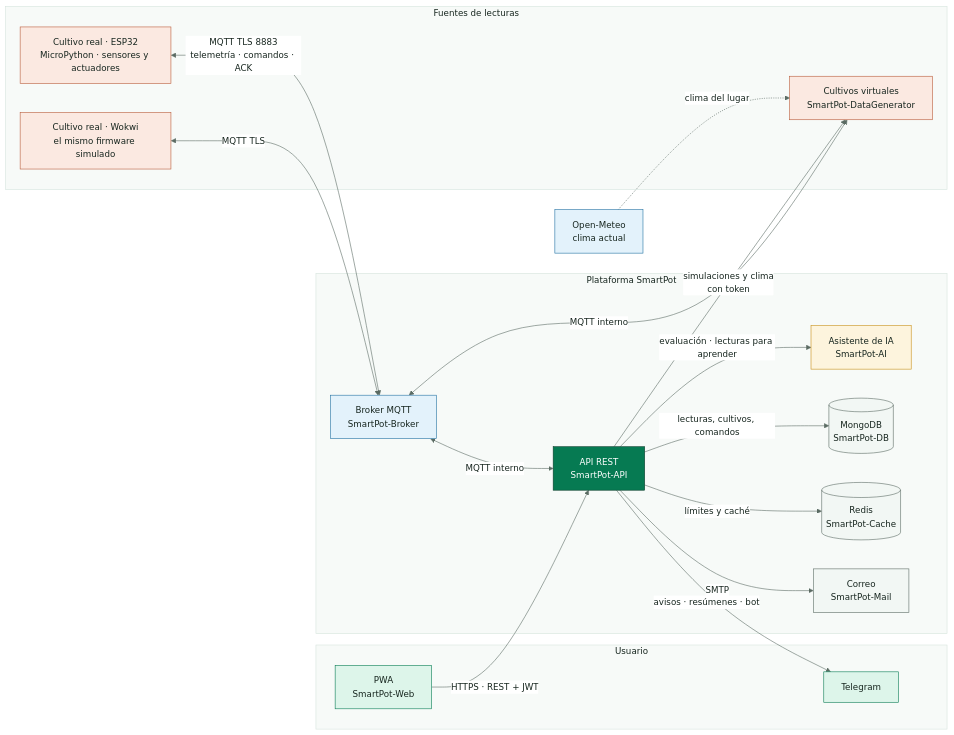
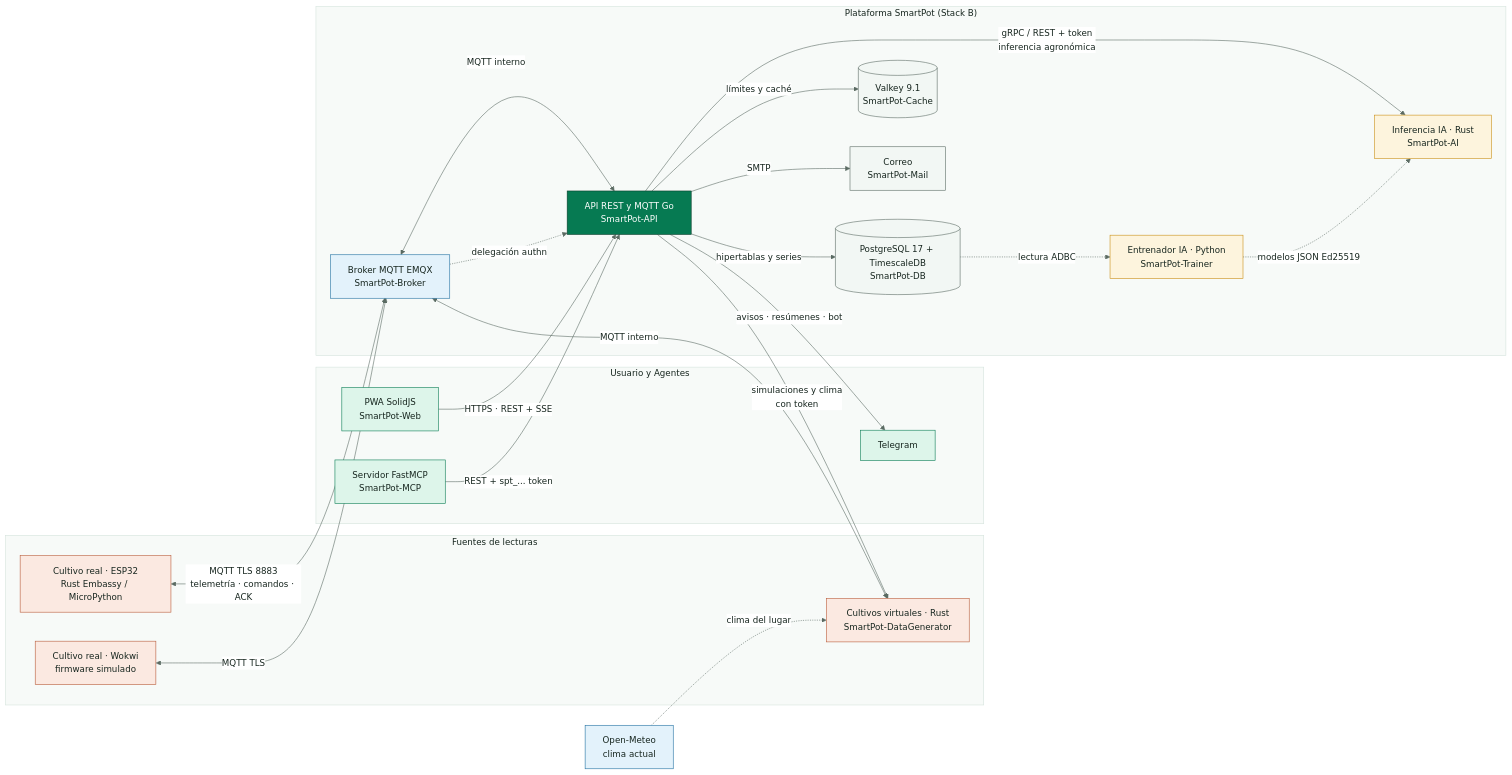
One commit to SmartPotTech/.github changed diagram 15 of 42 in docs/SmartPot_Software_Lifecycle.md. Above: the diagram before and after it, drawn with Mermaid. The commit also changed other lines of this file and 21 other files, not shown here.

Commit message:
Update platform documentation and architecture diagrams for production Stack B [skip deploy] #no-deploy

````diff
--- a/docs/SmartPot_Software_Lifecycle.md
+++ b/docs/SmartPot_Software_Lifecycle.md
@@ -1310,46 +1310,52 @@
 ```mermaid
 %%{init: {"theme": "base", "fontFamily": "Segoe UI, Arial, sans-serif", "themeVariables": {"fontFamily": "Segoe UI, Arial, sans-serif", "fontSize": "15px", "primaryColor": "#DDF5EA", "primaryTextColor": "#17261F", "primaryBorderColor": "#067A52", "secondaryColor": "#E3F2FB", "secondaryTextColor": "#17261F", "secondaryBorderColor": "#1F6FA0", "tertiaryColor": "#F2F7F4", "tertiaryTextColor": "#17261F", "tertiaryBorderColor": "#D5E3DC", "lineColor": "#5B6B63", "textColor": "#17261F", "mainBkg": "#DDF5EA", "nodeBorder": "#067A52", "clusterBkg": "#F7FAF8", "clusterBorder": "#D5E3DC", "edgeLabelBackground": "#FFFFFF", "actorBkg": "#067A52", "actorBorder": "#0B3D2B", "actorTextColor": "#FFFFFF", "actorLineColor": "#5B6B63", "signalColor": "#17261F", "signalTextColor": "#17261F", "labelBoxBkgColor": "#0B3D2B", "labelBoxBorderColor": "#0B3D2B", "labelTextColor": "#FFFFFF", "loopTextColor": "#0B3D2B", "noteBkgColor": "#FDF4DD", "noteBorderColor": "#C98D12", "noteTextColor": "#17261F", "activationBkgColor": "#DDF5EA", "activationBorderColor": "#067A52", "attributeBackgroundColorOdd": "#FFFFFF", "attributeBackgroundColorEven": "#F2F7F4"}}}%%
 flowchart LR
   subgraph campo["Fuentes de lecturas"]
-    maceta["Cultivo real · ESP32<br/>MicroPython · sensores y actuadores"]
-    wokwi["Cultivo real · Wokwi<br/>el mismo firmware simulado"]
-    sim["Cultivos virtuales<br/>SmartPot-DataGenerator"]
+    maceta["Cultivo real · ESP32<br/>Rust Embassy / MicroPython"]
+    wokwi["Cultivo real · Wokwi<br/>firmware simulado"]
+    sim["Cultivos virtuales · Rust<br/>SmartPot-DataGenerator"]
   end
-  subgraph usuario["Usuario"]
-    pwa["PWA<br/>SmartPot-Web"]
+  subgraph usuario["Usuario y Agentes"]
+    pwa["PWA SolidJS<br/>SmartPot-Web"]
     tg["Telegram"]
+    mcp["Servidor FastMCP<br/>SmartPot-MCP"]
   end
-  subgraph plataforma["Plataforma SmartPot"]
-    broker["Broker MQTT<br/>SmartPot-Broker"]
-    api["API REST<br/>SmartPot-API"]
-    ai["Asistente de IA<br/>SmartPot-AI"]
-    db[("MongoDB<br/>SmartPot-DB")]
-    cache[("Redis<br/>SmartPot-Cache")]
+  subgraph plataforma["Plataforma SmartPot (Stack B)"]
+    broker["Broker MQTT EMQX<br/>SmartPot-Broker"]
+    api["API REST y MQTT Go<br/>SmartPot-API"]
+    ai["Inferencia IA · Rust<br/>SmartPot-AI"]
+    trainer["Entrenador IA · Python<br/>SmartPot-Trainer"]
+    db[("PostgreSQL 17 + TimescaleDB<br/>SmartPot-DB")]
+    cache[("Valkey 9.1<br/>SmartPot-Cache")]
     mail["Correo<br/>SmartPot-Mail"]
   end
   clima["Open-Meteo<br/>clima actual"]
   maceta <-->|"MQTT TLS 8883<br/>telemetría · comandos · ACK"| broker
   wokwi <-->|"MQTT TLS"| broker
   sim <-->|"MQTT interno"| broker
   clima -.->|"clima del lugar"| sim
   broker <-->|"MQTT interno"| api
-  pwa -->|"HTTPS · REST + JWT"| api
+  broker -.->|"delegación authn"| api
+  pwa -->|"HTTPS · REST + SSE"| api
+  mcp -->|"REST + spt_... token"| api
   api -->|"simulaciones y clima<br/>con token"| sim
-  api -->|"evaluación · lecturas para aprender"| ai
-  api -->|"lecturas, cultivos, comandos"| db
+  api -->|"gRPC / REST + token<br/>inferencia agronómica"| ai
+  db -.->|"lectura ADBC"| trainer
+  trainer -.->|"modelos JSON Ed25519"| ai
+  api -->|"hipertablas y series"| db
   api -->|"límites y caché"| cache
   api -->|"SMTP"| mail
   api -->|"avisos · resúmenes · bot"| tg
   classDef device fill:#FBE9E1,stroke:#B85A38,color:#17261F
   classDef edge fill:#E3F2FB,stroke:#1F6FA0,color:#17261F
   classDef core fill:#067A52,stroke:#0B3D2B,color:#FFFFFF
   classDef data fill:#F2F7F4,stroke:#5B6B63,color:#17261F
   classDef brain fill:#FDF4DD,stroke:#C98D12,color:#17261F
   classDef app fill:#DDF5EA,stroke:#067A52,color:#17261F
   class maceta,wokwi,sim device
   class broker,clima edge
   class api core
   class db,cache,mail data
-  class ai brain
-  class pwa,tg app
+  class ai,trainer brain
+  class pwa,tg,mcp app
 ```
````
